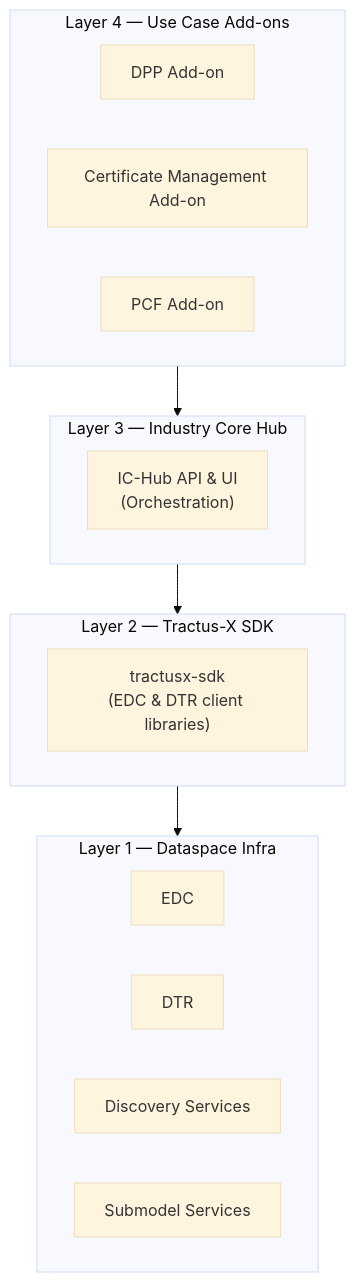
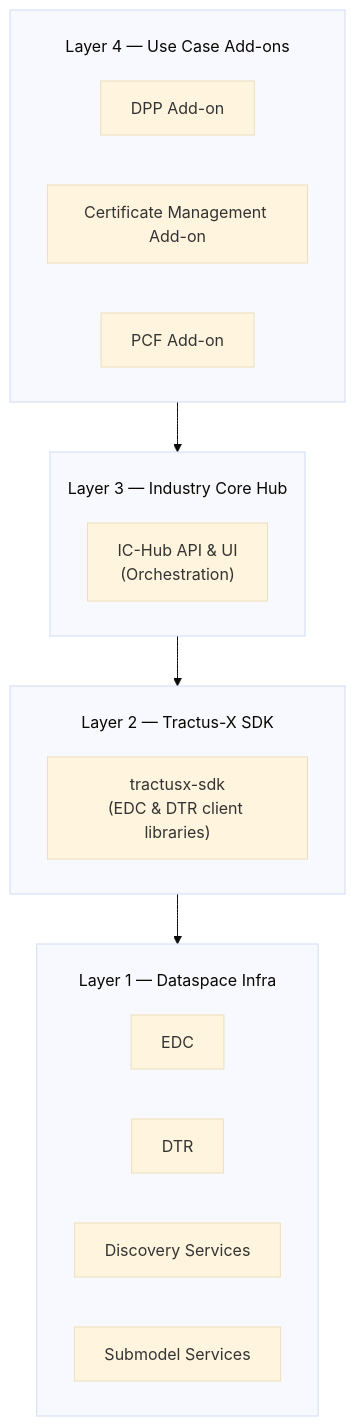
Before and after one commit to jalvaro-lks/industry-core-hub: the second of 6 diagrams in README.md, drawn with Mermaid (base theme). The commit also changed other lines of this file, not shown here.

Commit message:
docs: improve README architecture diagram readability and couple of typos

````diff
--- a/README.md
+++ b/README.md
@@ -171,24 +184,25 @@
 ```mermaid
+%%{init: {"flowchart": {"subGraphTitleMargin": {"top": 24, "bottom": 12}}}}%%
 graph TB
     subgraph L4["Layer 4 — Use Case Add-ons"]
         UC1["DPP Add-on"]
         UC2["Certificate Management Add-on"]
         UC3["PCF Add-on"]
     end
     subgraph L3["Layer 3 — Industry Core Hub"]
         ICH["IC-Hub API & UI<br/>(Orchestration)"]
     end
     subgraph L2["Layer 2 — Tractus-X SDK"]
         SDK["tractusx-sdk<br/>(EDC & DTR client libraries)"]
     end
     subgraph L1["Layer 1 — Dataspace Infra"]
         EDC["EDC"]
         DTR["DTR"]
         DS["Discovery Services"]
         SS["Submodel Services"]
     end
 
     L4 --> L3
     L3 --> L2
     L2 --> L1
 ```
````
